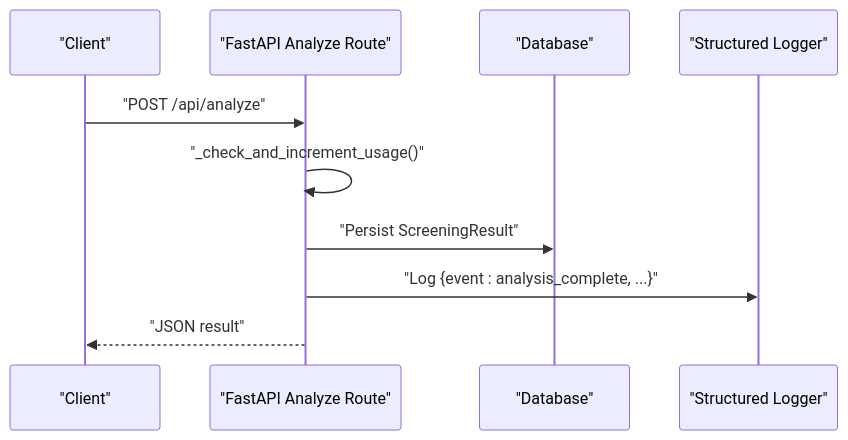
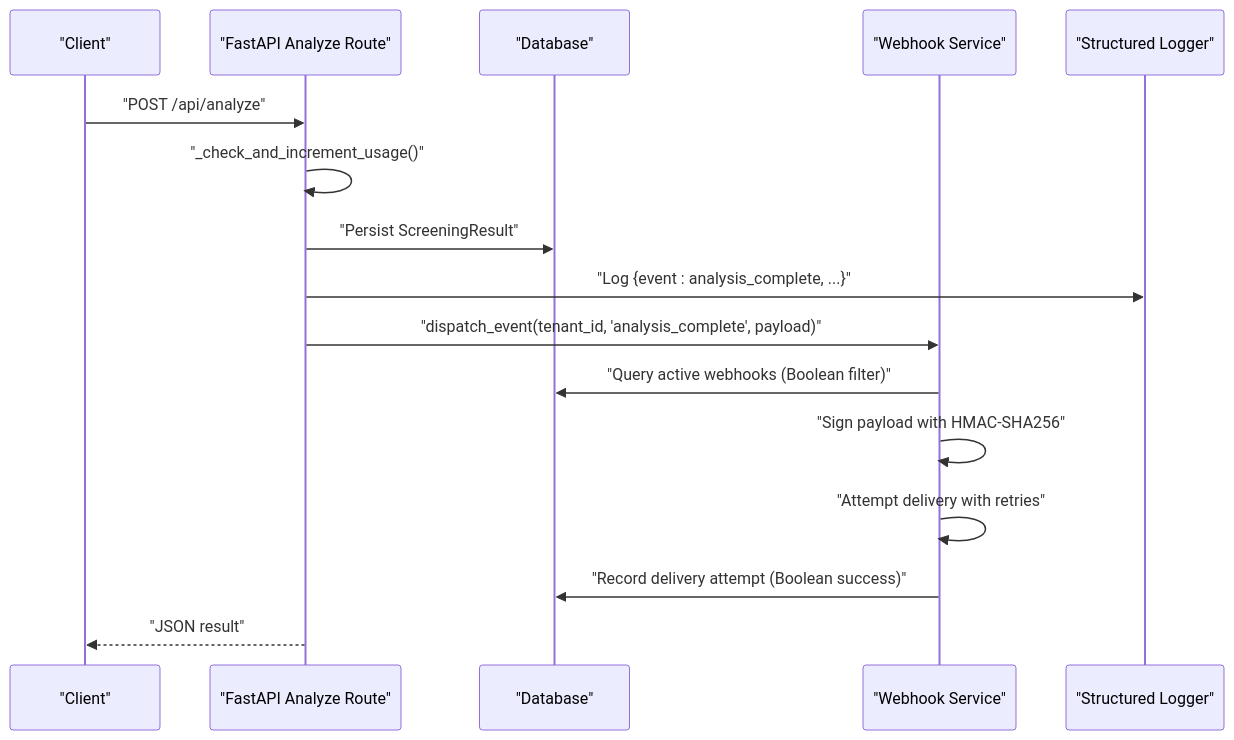
The third of 10 diagrams in .qoder/repowiki/en/content/Advanced Topics/Integration Patterns/Webhook Systems.md (Revanththetalogics/aireume), drawn with Mermaid before and after one commit. The commit also changed other lines of this file and 4 other files, not shown here.

````diff
--- a/.qoder/repowiki/en/content/Advanced Topics/Integration Patterns/Webhook Systems.md
+++ b/.qoder/repowiki/en/content/Advanced Topics/Integration Patterns/Webhook Systems.md
@@ -126,12 +174,18 @@
 ```mermaid
 sequenceDiagram
 participant Client as "Client"
 participant API as "FastAPI Analyze Route"
 participant DB as "Database"
+participant WS as "Webhook Service"
 participant Logger as "Structured Logger"
 Client->>API : "POST /api/analyze"
 API->>API : "_check_and_increment_usage()"
 API->>DB : "Persist ScreeningResult"
 API->>Logger : "Log {event : analysis_complete, ...}"
+API->>WS : "dispatch_event(tenant_id, 'analysis_complete', payload)"
+WS->>DB : "Query active webhooks (Boolean filter)"
+WS->>WS : "Sign payload with HMAC-SHA256"
+WS->>WS : "Attempt delivery with retries"
+WS->>DB : "Record delivery attempt (Boolean success)"
 API-->>Client : "JSON result"
 ```
````
